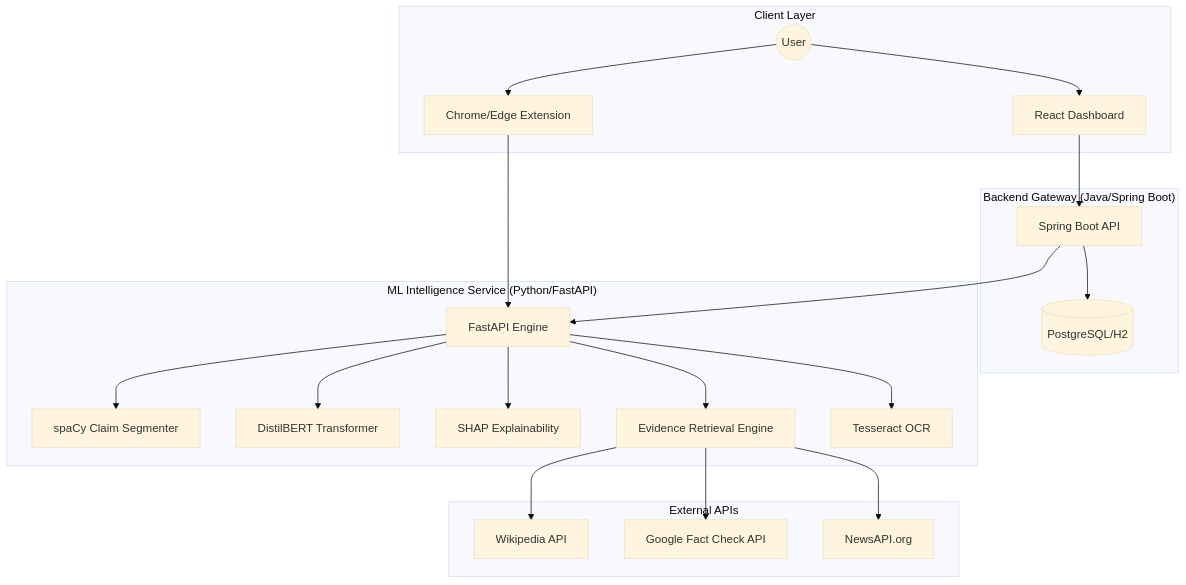
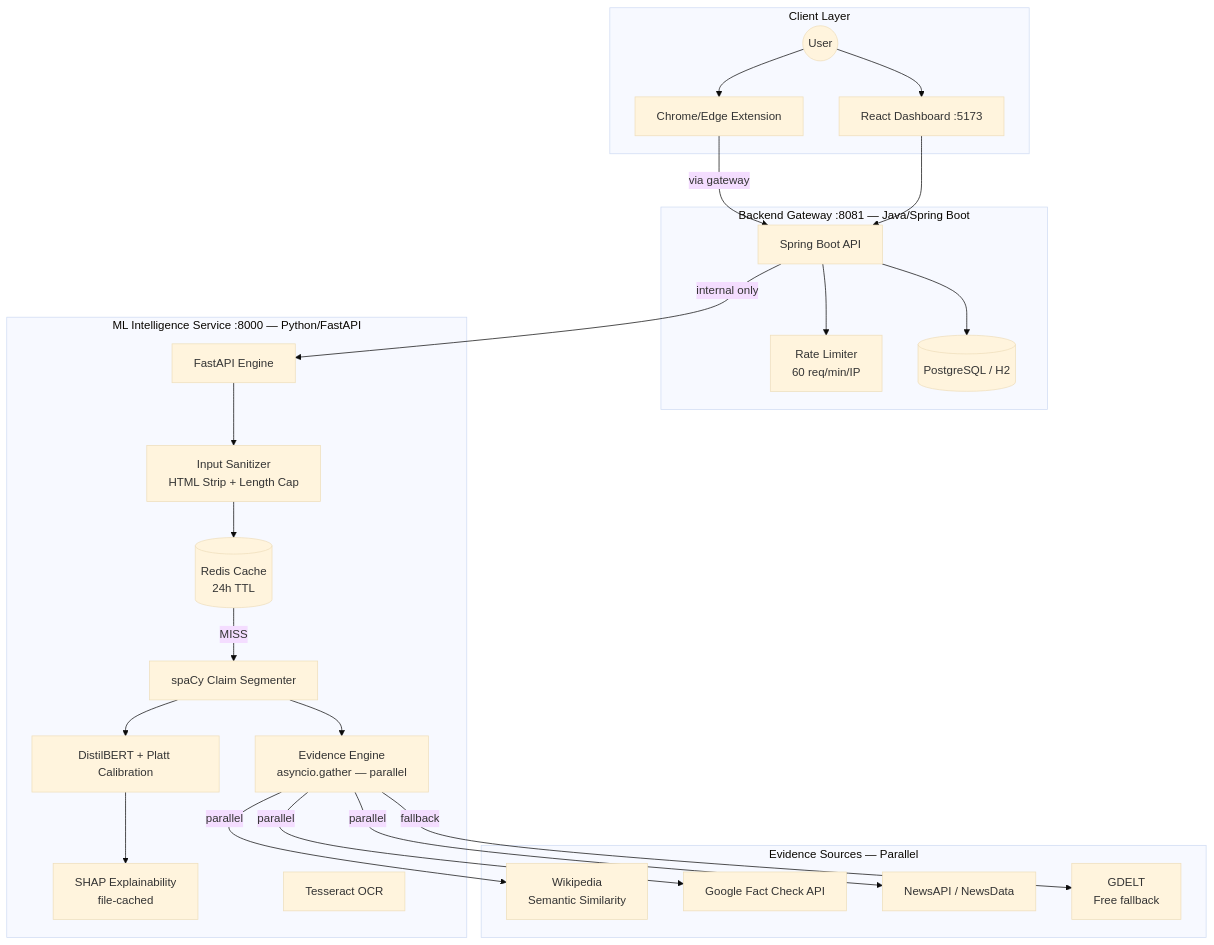
The diagram in project_documentation.md (monishh13/fake_news), drawn with Mermaid (base theme) before and after one commit. The commit also changed other lines of this file and 14 other files, not shown here.

Commit message:
Updates: Model,API Weights

````diff
--- a/project_documentation.md
+++ b/project_documentation.md
@@ -12,43 +23,50 @@
 ```mermaid
 graph TD
     subgraph "Client Layer"
         User((User))
-        WebApp[React Dashboard]
+        WebApp[React Dashboard :5173]
         Extension[Chrome/Edge Extension]
     end
 
-    subgraph "Backend Gateway (Java/Spring Boot)"
+    subgraph "Backend Gateway :8081 — Java/Spring Boot"
         Gateway[Spring Boot API]
-        DB[(PostgreSQL/H2)]
+        RateLimit[Rate Limiter\n60 req/min/IP]
+        DB[(PostgreSQL / H2)]
     end
 
-    subgraph "ML Intelligence Service (Python/FastAPI)"
+    subgraph "ML Intelligence Service :8000 — Python/FastAPI"
         MLService[FastAPI Engine]
+        Sanitize[Input Sanitizer\nHTML Strip + Length Cap]
         NLP[spaCy Claim Segmenter]
-        Model[DistilBERT Transformer]
-        XAI[SHAP Explainability]
-        Evidence[Evidence Retrieval Engine]
+        Model[DistilBERT + Platt Calibration]
+        XAI[SHAP Explainability\nfile-cached]
+        Evidence[Evidence Engine\nasyncio.gather — parallel]
         OCR[Tesseract OCR]
+        Cache[(Redis Cache\n24h TTL)]
     end
 
-    subgraph "External APIs"
-        Wiki[Wikipedia API]
+    subgraph "Evidence Sources — Parallel"
+        Wiki[Wikipedia\nSemantic Similarity]
         GFC[Google Fact Check API]
-        NewsAPI[NewsAPI.org]
+        NewsAPI[NewsAPI / NewsData]
+        GDELT[GDELT\nFree fallback]
     end
 
     User --> WebApp
     User --> Extension
+    Extension -->|via gateway| Gateway
     WebApp --> Gateway
-    Extension --> MLService
+    Gateway --> RateLimit
     Gateway --> DB
-    Gateway --> MLService
-    MLService --> NLP
-    MLService --> Model
-    MLService --> XAI
-    MLService --> Evidence
-    MLService --> OCR
-    Evidence --> Wiki
-    Evidence --> GFC
-    Evidence --> NewsAPI
+    Gateway -->|internal only| MLService
+    MLService --> Sanitize
+    Sanitize --> Cache
+    Cache -->|MISS| NLP
+    NLP --> Model
+    Model --> XAI
+    NLP --> Evidence
+    Evidence -->|parallel| Wiki
+    Evidence -->|parallel| GFC
+    Evidence -->|parallel| NewsAPI
+    Evidence -->|fallback| GDELT
 ```
````
